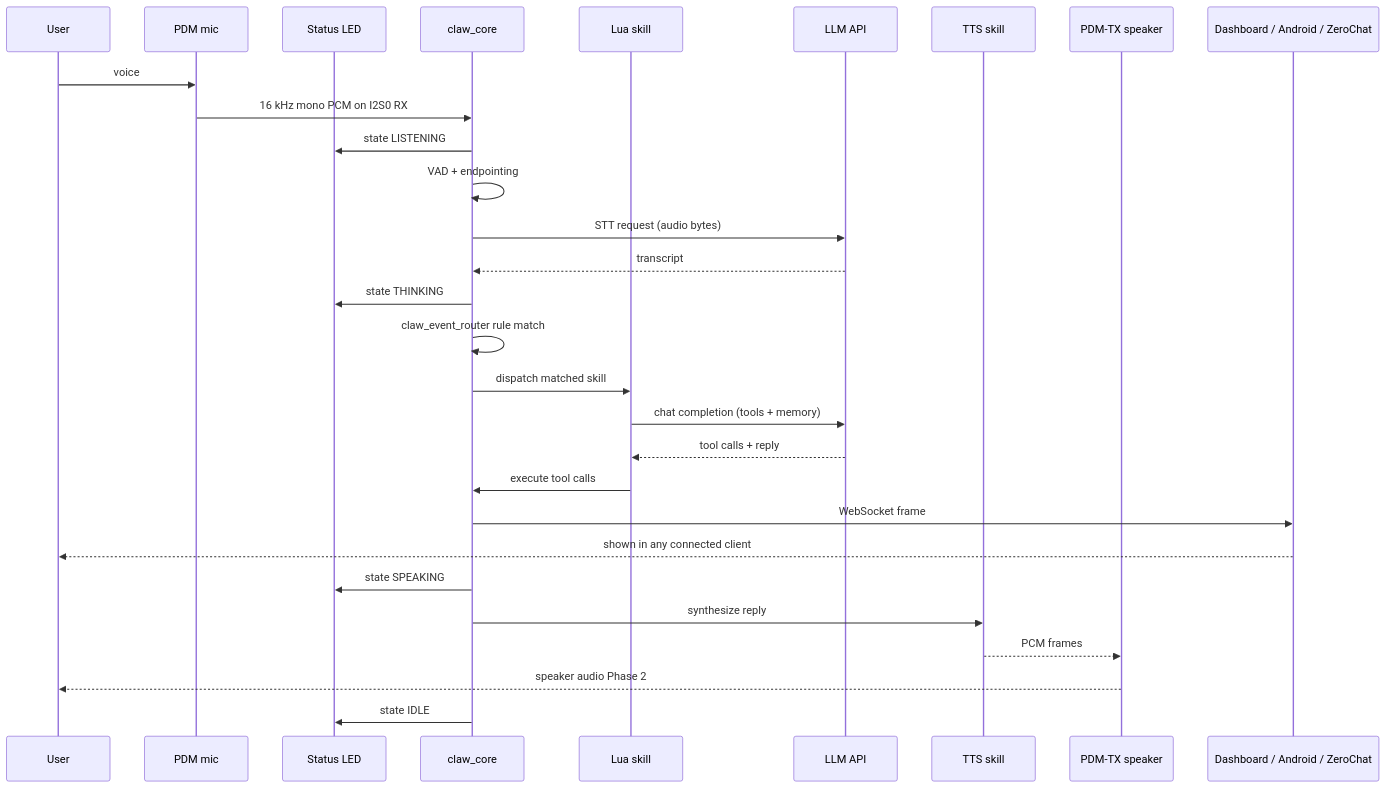
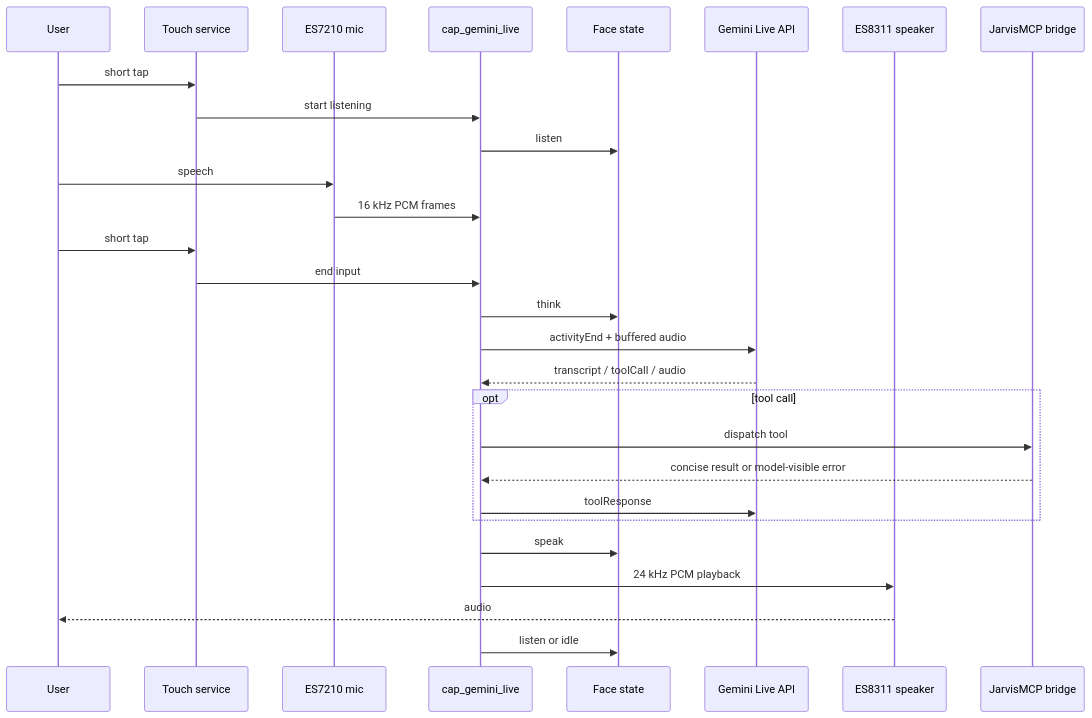
The third of 6 diagrams in docs/ARCHITECTURE.md (PascalAI2024/JarvisNano), drawn with Mermaid before and after one commit. The commit also changed other lines of this file and 21 other files, not shown here.

````diff
--- a/docs/ARCHITECTURE.md
+++ b/docs/ARCHITECTURE.md
@@ -122,32 +121,31 @@
 ```mermaid
 sequenceDiagram
     participant U as User
-    participant M as PDM mic
-    participant LED as Status LED
-    participant CR as claw_core
-    participant LU as Lua skill
-    participant LLM as LLM API
-    participant TTS as TTS skill
-    participant DAC as PDM-TX speaker
-    participant DASH as Dashboard / Android / ZeroChat
+    participant T as Touch service
+    participant A as ES7210 mic
+    participant GL as cap_gemini_live
+    participant F as Face state
+    participant G as Gemini Live API
+    participant S as ES8311 speaker
+    participant M as JarvisMCP bridge
 
-    U->>M: voice
-    M->>CR: 16 kHz mono PCM on I2S0 RX
-    CR->>LED: state LISTENING
-    CR->>CR: VAD + endpointing
-    CR->>LLM: STT request (audio bytes)
-    LLM-->>CR: transcript
-    CR->>LED: state THINKING
-    CR->>CR: claw_event_router rule match
-    CR->>LU: dispatch matched skill
-    LU->>LLM: chat completion (tools + memory)
-    LLM-->>LU: tool calls + reply
-    LU->>CR: execute tool calls
-    CR->>DASH: WebSocket frame
-    DASH-->>U: shown in any connected client
-    CR->>LED: state SPEAKING
-    CR->>TTS: synthesize reply
-    TTS-->>DAC: PCM frames
-    DAC-->>U: speaker audio Phase 2
-    CR->>LED: state IDLE
+    U->>T: short tap
+    T->>GL: start listening
+    GL->>F: listen
+    U->>A: speech
+    A->>GL: 16 kHz PCM frames
+    U->>T: short tap
+    T->>GL: end input
+    GL->>F: think
+    GL->>G: activityEnd + buffered audio
+    G-->>GL: transcript / toolCall / audio
+    opt tool call
+        GL->>M: dispatch tool
+        M-->>GL: concise result or model-visible error
+        GL->>G: toolResponse
+    end
+    GL->>F: speak
+    GL->>S: 24 kHz PCM playback
+    S-->>U: audio
+    GL->>F: listen or idle
 ```
````
